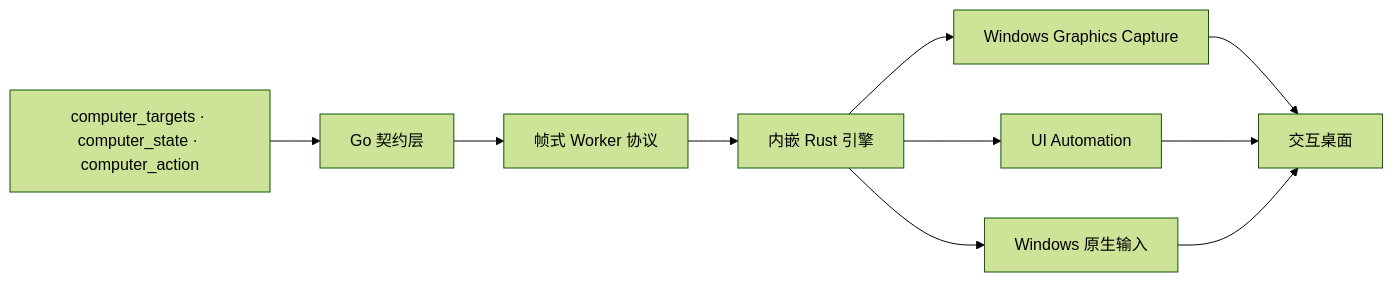
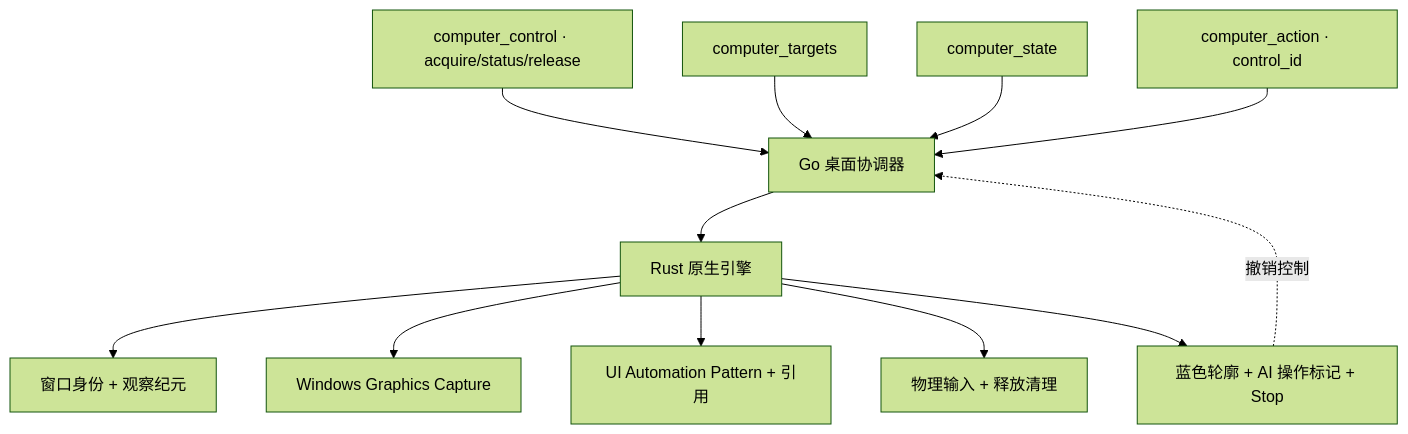
One commit to hicancan/local-runtime-mcp changed the sixth of 7 diagrams in README.zh-CN.md. Above: the diagram before and after it, drawn with Mermaid (forest theme). The commit also changed other lines of this file and 65 other files, not shown here.

````diff
--- a/README.zh-CN.md
+++ b/README.zh-CN.md
@@ -205,12 +196,14 @@
 ```mermaid
-flowchart LR
-    TOOLS[computer_targets · computer_state · computer_action] --> CONTRACT[Go 契约层]
-    CONTRACT --> IPC[帧式 Worker 协议]
-    IPC --> RUST[内嵌 Rust 引擎]
-    RUST --> WGC[Windows Graphics Capture]
-    RUST --> UIA[UI Automation]
-    RUST --> INPUT[Windows 原生输入]
-    WGC --> DESKTOP[交互桌面]
-    UIA --> DESKTOP
-    INPUT --> DESKTOP
+flowchart TB
+    Control[computer_control · acquire/status/release] --> Coordinator[Go 桌面协调器]
+    Targets[computer_targets] --> Coordinator
+    State[computer_state] --> Coordinator
+    Action[computer_action · control_id] --> Coordinator
+    Coordinator --> Worker[Rust 原生引擎]
+    Worker --> Identity[窗口身份 + 观察纪元]
+    Worker --> Capture[Windows Graphics Capture]
+    Worker --> UIA[UI Automation Pattern + 引用]
+    Worker --> Input[物理输入 + 释放清理]
+    Worker --> Overlay[蓝色轮廓 + AI 操作标记 + Stop]
+    Overlay -. 撤销控制 .-> Coordinator
 ```
````
